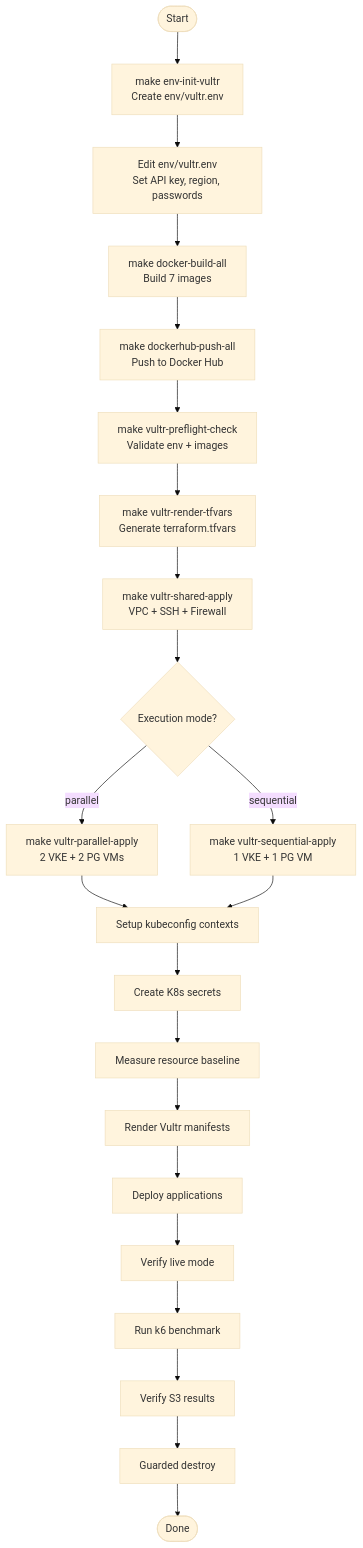
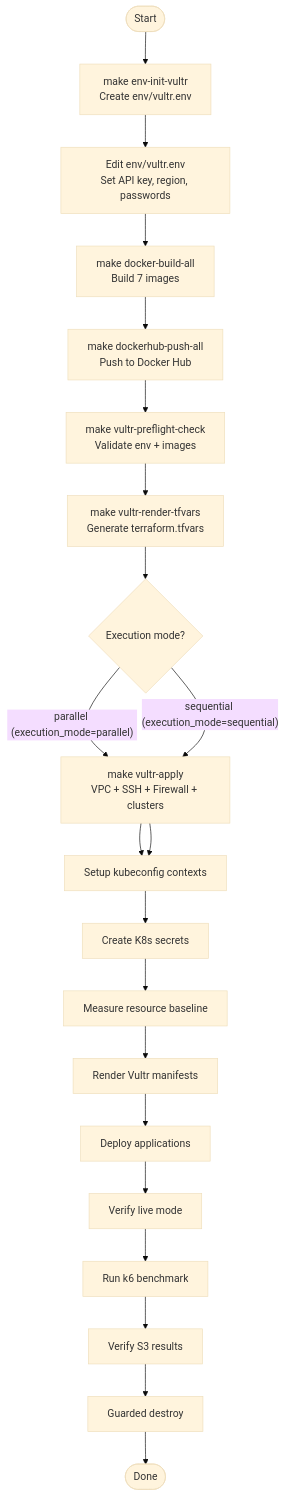
The eighth of 10 diagrams in docs/infrastructure/vultr-complete-architecture.md (Ahmad-mufied/monolith-vs-microservice-thesis), drawn with Mermaid (base theme) before and after one commit. The commit also changed other lines of this file and 40 other files, not shown here.

````diff
--- a/docs/infrastructure/vultr-complete-architecture.md
+++ b/docs/infrastructure/vultr-complete-architecture.md
@@ -758,29 +732,27 @@
 ```mermaid
 flowchart TB
   start(["Start"])
   env["make env-init-vultr<br/>Create env/vultr.env"]
   edit["Edit env/vultr.env<br/>Set API key, region, passwords"]
   build["make docker-build-all<br/>Build 7 images"]
   push["make dockerhub-push-all<br/>Push to Docker Hub"]
   preflight["make vultr-preflight-check<br/>Validate env + images"]
   tfvars["make vultr-render-tfvars<br/>Generate terraform.tfvars"]
-  shared["make vultr-shared-apply<br/>VPC + SSH + Firewall"]
   choice{"Execution mode?"}
-  parallel["make vultr-parallel-apply<br/>2 VKE + 2 PG VMs"]
-  sequential["make vultr-sequential-apply<br/>1 VKE + 1 PG VM"]
+  apply["make vultr-apply<br/>VPC + SSH + Firewall + clusters"]
   contexts["Setup kubeconfig contexts"]
   secrets["Create K8s secrets"]
   baseline["Measure resource baseline"]
   manifests["Render Vultr manifests"]
   deploy["Deploy applications"]
   verify["Verify live mode"]
   benchmark["Run k6 benchmark"]
   s3["Verify S3 results"]
   destroy["Guarded destroy"]
   done(["Done"])
 
-  start --> env --> edit --> build --> push --> preflight --> tfvars --> shared --> choice
-  choice -->|"parallel"| parallel --> contexts
-  choice -->|"sequential"| sequential --> contexts
+  start --> env --> edit --> build --> push --> preflight --> tfvars --> choice
+  choice -->|"parallel (execution_mode=parallel)"| apply --> contexts
+  choice -->|"sequential (execution_mode=sequential)"| apply --> contexts
   contexts --> secrets --> baseline --> manifests --> deploy --> verify --> benchmark --> s3 --> destroy --> done
 ```
````
